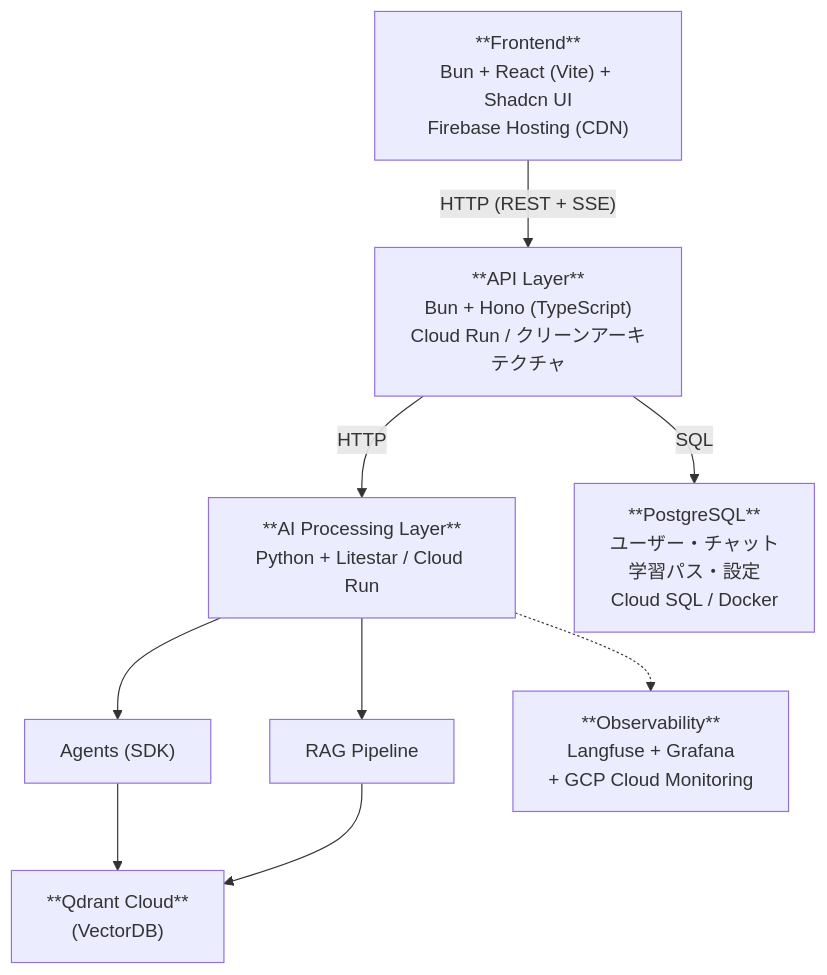
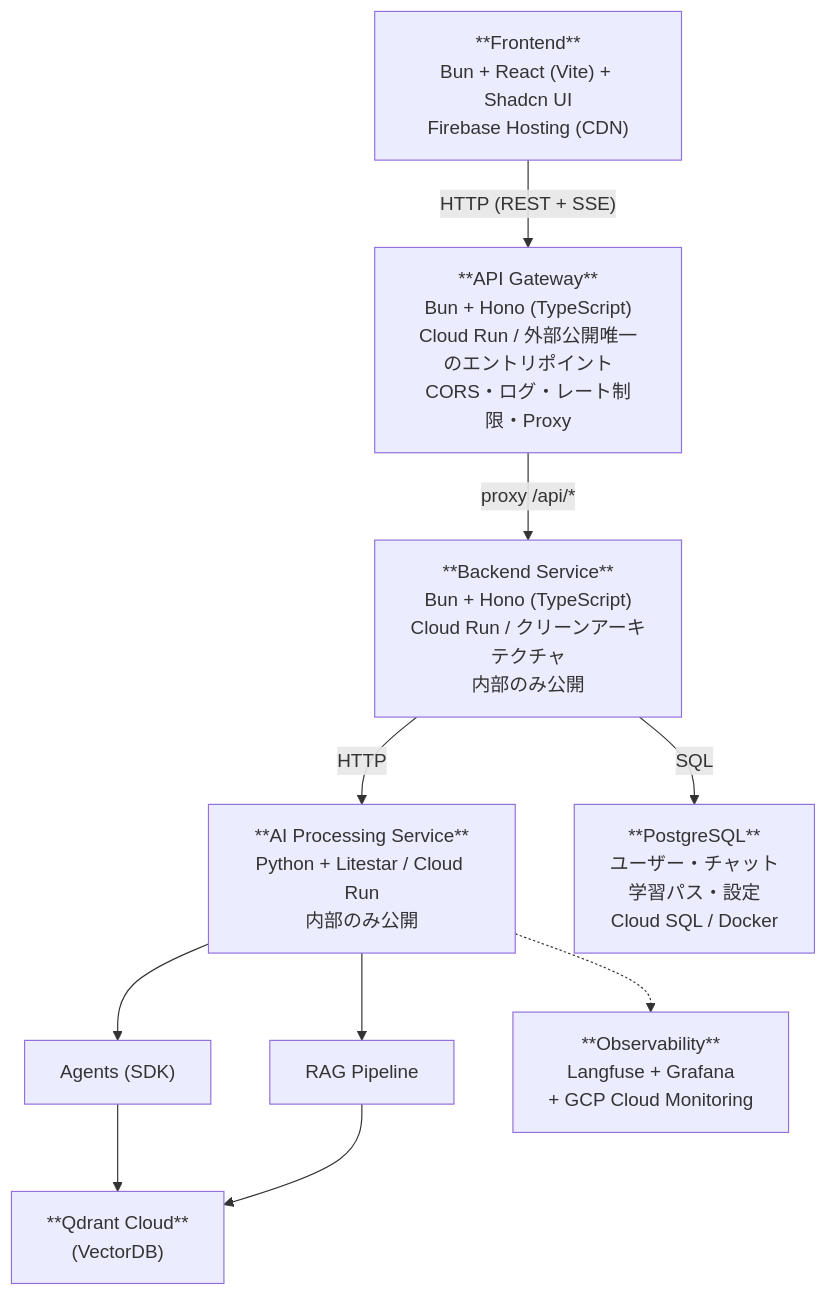
One commit to nakamu12/lumineer changed the first of 10 diagrams in docs/requirements.md. Above: the diagram before and after it, drawn with Mermaid. The commit also changed other lines of this file and 1 other file, not shown here.

First line of the commit message:
docs: API Gateway 導入に伴い要件定義・ADR を更新

````diff
--- a/docs/requirements.md
+++ b/docs/requirements.md
@@ -24,20 +24,22 @@
 ```mermaid
 graph TD
     FE["**Frontend**<br/>Bun + React (Vite) + Shadcn UI<br/>Firebase Hosting (CDN)"]
-    API["**API Layer**<br/>Bun + Hono (TypeScript)<br/>Cloud Run / クリーンアーキテクチャ"]
-    AI["**AI Processing Layer**<br/>Python + Litestar / Cloud Run"]
+    GW["**API Gateway**<br/>Bun + Hono (TypeScript)<br/>Cloud Run / 外部公開唯一のエントリポイント<br/>CORS・ログ・レート制限・Proxy"]
+    API["**Backend Service**<br/>Bun + Hono (TypeScript)<br/>Cloud Run / クリーンアーキテクチャ<br/>内部のみ公開"]
+    AI["**AI Processing Service**<br/>Python + Litestar / Cloud Run<br/>内部のみ公開"]
     AG["Agents (SDK)"]
     RAG["RAG Pipeline"]
     PG["**PostgreSQL**<br/>ユーザー・チャット<br/>学習パス・設定<br/>Cloud SQL / Docker"]
     QD["**Qdrant Cloud**<br/>(VectorDB)"]
     OBS["**Observability**<br/>Langfuse + Grafana<br/>+ GCP Cloud Monitoring"]
 
-    FE -->|"HTTP (REST + SSE)"| API
+    FE -->|"HTTP (REST + SSE)"| GW
+    GW -->|"proxy /api/*"| API
     API -->|HTTP| AI
     API -->|SQL| PG
     AI --> AG
     AI --> RAG
     AG --> QD
     RAG --> QD
     AI -.-> OBS
 ```
````
